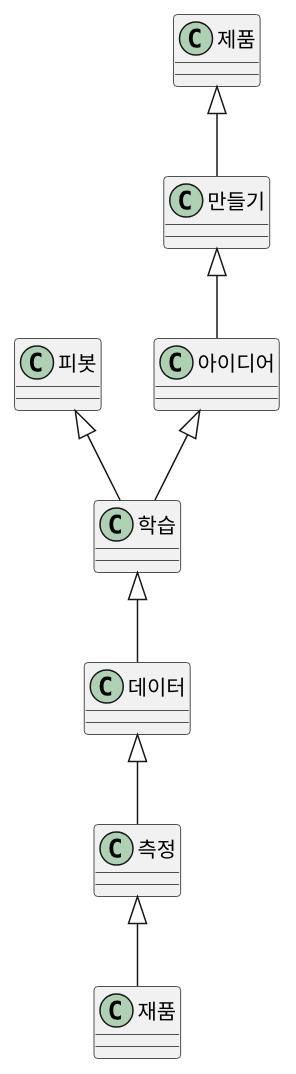
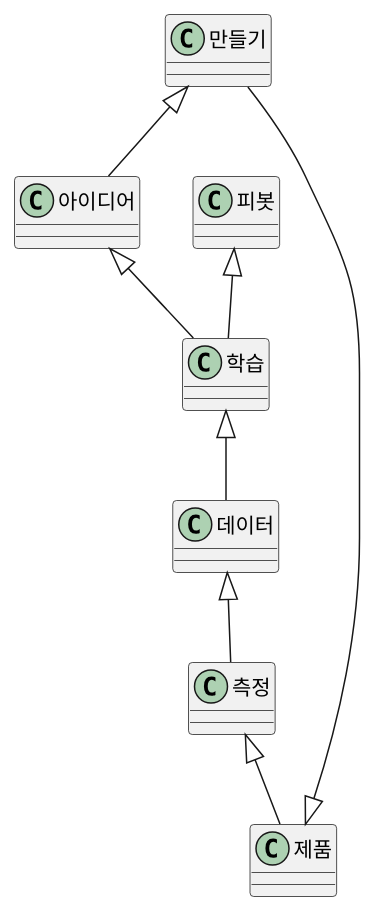
Before and after one commit to 01Joseph-Hwang10/growth-hacking: the diagram in static/process.puml, drawn with PlantUML.

Commit message:
Fix: fix wrong char

```diff
--- a/static/process.puml
+++ b/static/process.puml
@@ -1,11 +1,11 @@
 @startuml process
 
 만들기 <|-- 아이디어
 제품 <|-- 만들기
-측정 <|-- 재품
+측정 <|-- 제품
 데이터 <|-- 측정
 학습 <|-- 데이터
 아이디어 <|-- 학습
 피봇 <|-- 학습
 
 @enduml
```
